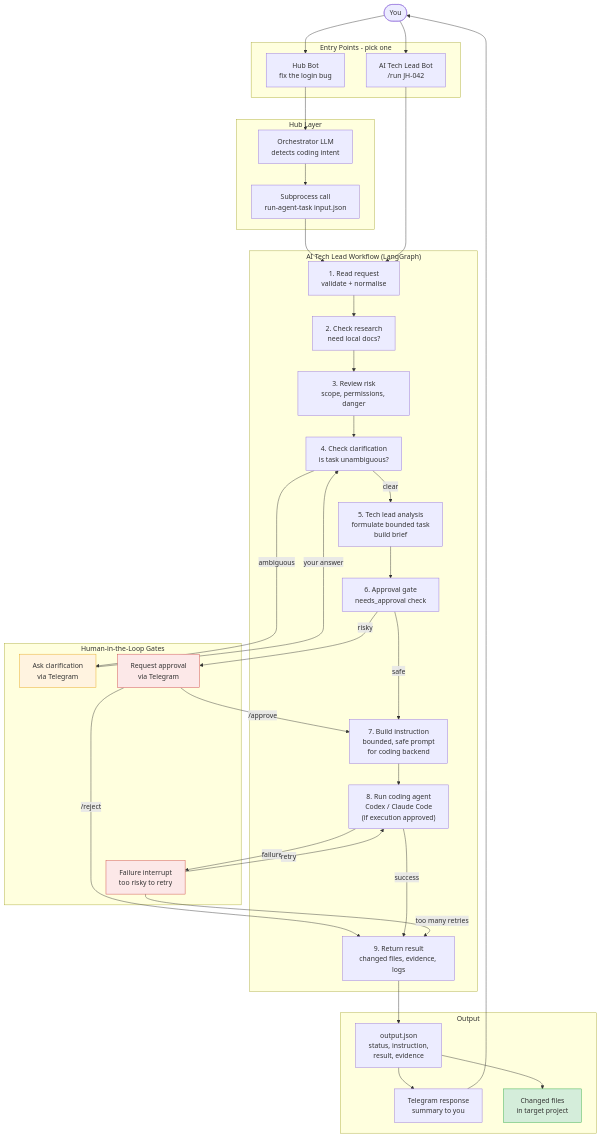
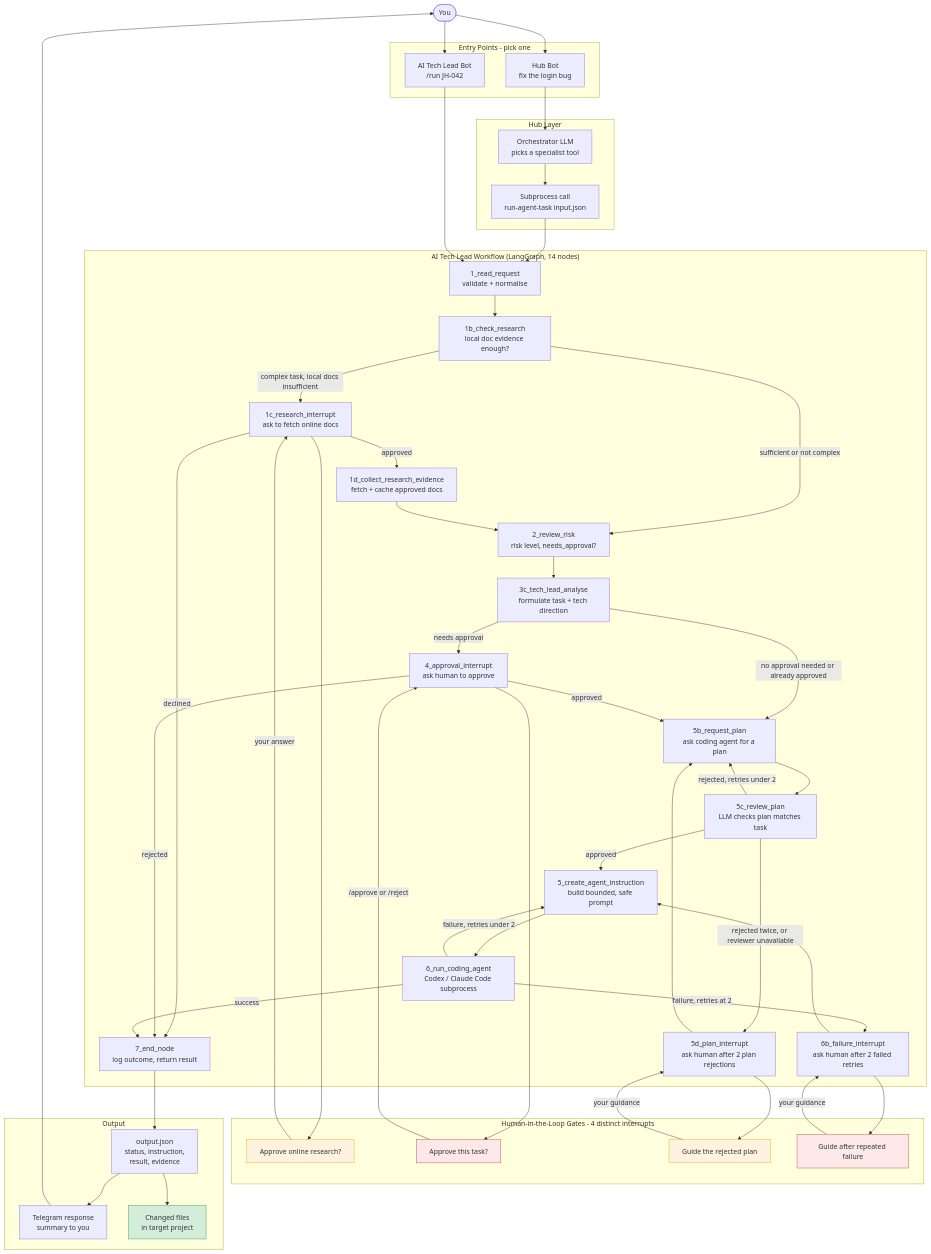
The diagram in docs/diagrams/06-CODING-TASK-END-TO-END.mmd (robvoto/agent-hub), drawn with Mermaid before and after one commit. The commit also changed 32 other files, not shown here.

First line of the commit message:
feat: real specialist dispatch, task lifecycle, hub memory, and operator commands

```diff
--- a/docs/diagrams/06-CODING-TASK-END-TO-END.mmd
+++ b/docs/diagrams/06-CODING-TASK-END-TO-END.mmd
@@ -1,76 +1,96 @@
 flowchart TD
     You([You])
 
     subgraph Entry["Entry Points - pick one"]
         HubTG["Hub Bot<br/>fix the login bug"]
         ATLTGDirect["AI Tech Lead Bot<br/>/run JH-042"]
     end
 
     subgraph HubLayer["Hub Layer"]
-        HubOrch["Orchestrator LLM<br/>detects coding intent"]
+        HubOrch["Orchestrator LLM<br/>picks a specialist tool"]
         SubProc["Subprocess call<br/>run-agent-task input.json"]
     end
 
-    subgraph ATLWorkflow["AI Tech Lead Workflow (LangGraph)"]
-        ReadReq["1. Read request<br/>validate + normalise"]
-        Research["2. Check research<br/>need local docs?"]
-        Risk["3. Review risk<br/>scope, permissions, danger"]
-        Clarify["4. Check clarification<br/>is task unambiguous?"]
-        Analyse["5. Tech lead analysis<br/>formulate bounded task<br/>build brief"]
-        Approval["6. Approval gate<br/>needs_approval check"]
-        Instruction["7. Build instruction<br/>bounded, safe prompt<br/>for coding backend"]
-        RunAgent["8. Run coding agent<br/>Codex / Claude Code<br/>(if execution approved)"]
-        End["9. Return result<br/>changed files, evidence, logs"]
+    subgraph ATLWorkflow["AI Tech Lead Workflow (LangGraph, 14 nodes)"]
+        ReadReq["1_read_request<br/>validate + normalise"]
+        CheckResearch["1b_check_research<br/>local doc evidence enough?"]
+        ResearchInterrupt["1c_research_interrupt<br/>ask to fetch online docs"]
+        CollectResearch["1d_collect_research_evidence<br/>fetch + cache approved docs"]
+        ReviewRisk["2_review_risk<br/>risk level, needs_approval?"]
+        TechLead["3c_tech_lead_analyse<br/>formulate task + tech direction"]
+        ApprovalInterrupt["4_approval_interrupt<br/>ask human to approve"]
+        RequestPlan["5b_request_plan<br/>ask coding agent for a plan"]
+        ReviewPlan["5c_review_plan<br/>LLM checks plan matches task"]
+        PlanInterrupt["5d_plan_interrupt<br/>ask human after 2 plan rejections"]
+        CreateInstruction["5_create_agent_instruction<br/>build bounded, safe prompt"]
+        RunAgent["6_run_coding_agent<br/>Codex / Claude Code subprocess"]
+        FailureInterrupt["6b_failure_interrupt<br/>ask human after 2 failed retries"]
+        EndNode["7_end_node<br/>log outcome, return result"]
     end
 
-    subgraph HumanGates["Human-in-the-Loop Gates"]
-        ClarifyQ["Ask clarification<br/>via Telegram"]
-        ApproveQ["Request approval<br/>via Telegram"]
-        FailQ["Failure interrupt<br/>too risky to retry"]
+    subgraph HumanGates["Human-in-the-Loop Gates - 4 distinct interrupts"]
+        ResearchQ["Approve online research?"]
+        ApproveQ["Approve this task?"]
+        PlanQ["Guide the rejected plan"]
+        FailQ["Guide after repeated failure"]
     end
 
     subgraph Output["Output"]
         JSONOut["output.json<br/>status, instruction,<br/>result, evidence"]
         TGResponse["Telegram response<br/>summary to you"]
         ChangedFiles["Changed files<br/>in target project"]
     end
 
     You --> HubTG
     You --> ATLTGDirect
 
     HubTG --> HubOrch
     HubOrch --> SubProc
     SubProc --> ReadReq
     ATLTGDirect --> ReadReq
 
-    ReadReq --> Research
-    Research --> Risk
-    Risk --> Clarify
+    ReadReq --> CheckResearch
+    CheckResearch -->|complex task, local docs insufficient| ResearchInterrupt
+    CheckResearch -->|sufficient or not complex| ReviewRisk
 
-    Clarify -->|ambiguous| ClarifyQ
-    ClarifyQ -->|your answer| Clarify
+    ResearchInterrupt --> ResearchQ
+    ResearchQ -->|your answer| ResearchInterrupt
+    ResearchInterrupt -->|approved| CollectResearch
+    ResearchInterrupt -->|declined| EndNode
+    CollectResearch --> ReviewRisk
 
-    Clarify -->|clear| Analyse
-    Analyse --> Approval
+    ReviewRisk --> TechLead
 
-    Approval -->|risky| ApproveQ
-    ApproveQ -->|/approve| Instruction
-    ApproveQ -->|/reject| End
+    TechLead -->|needs approval| ApprovalInterrupt
+    TechLead -->|no approval needed or already approved| RequestPlan
+    ApprovalInterrupt --> ApproveQ
+    ApproveQ -->|/approve or /reject| ApprovalInterrupt
+    ApprovalInterrupt -->|approved| RequestPlan
+    ApprovalInterrupt -->|rejected| EndNode
 
-    Approval -->|safe| Instruction
-    Instruction --> RunAgent
+    RequestPlan --> ReviewPlan
+    ReviewPlan -->|approved| CreateInstruction
+    ReviewPlan -->|rejected, retries under 2| RequestPlan
+    ReviewPlan -->|rejected twice, or reviewer unavailable| PlanInterrupt
+    PlanInterrupt --> PlanQ
+    PlanQ -->|your guidance| PlanInterrupt
+    PlanInterrupt --> RequestPlan
 
-    RunAgent -->|success| End
-    RunAgent -->|failure| FailQ
-    FailQ -->|retry| RunAgent
-    FailQ -->|too many retries| End
+    CreateInstruction --> RunAgent
+    RunAgent -->|success| EndNode
+    RunAgent -->|failure, retries under 2| CreateInstruction
+    RunAgent -->|failure, retries at 2| FailureInterrupt
+    FailureInterrupt --> FailQ
+    FailQ -->|your guidance| FailureInterrupt
+    FailureInterrupt --> CreateInstruction
 
-    End --> JSONOut
+    EndNode --> JSONOut
     JSONOut --> TGResponse
     JSONOut --> ChangedFiles
     TGResponse --> You
 
-    style ClarifyQ fill:#fff3e0,stroke:#e6a817
+    style ResearchQ fill:#fff3e0,stroke:#e6a817
     style ApproveQ fill:#fce8e8,stroke:#cc4444
+    style PlanQ fill:#fff3e0,stroke:#e6a817
     style FailQ fill:#fce8e8,stroke:#cc4444
     style ChangedFiles fill:#d4edda,stroke:#28a745
```
